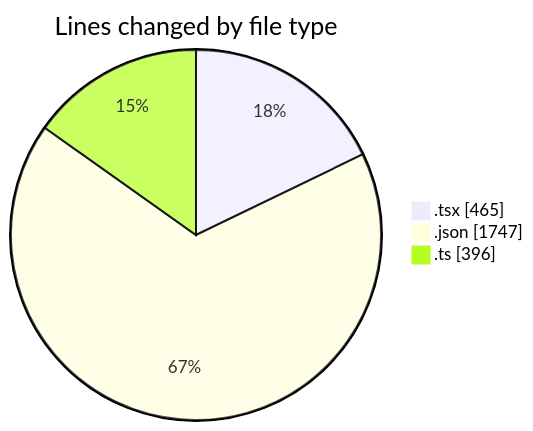
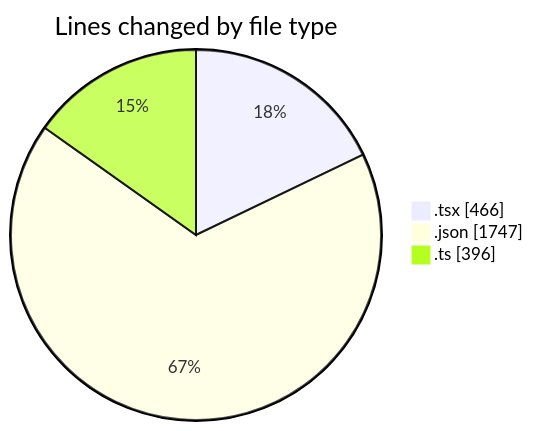
Before and after one commit to julien-gomy/code-tracking: the first of 2 diagrams in 2025-10-30/eventscop-frontend-guide__workspace_/README.md, drawn with Mermaid. The commit also changed other lines of this file and 1 other file, not shown here.

````diff
--- a/2025-10-30/eventscop-frontend-guide__workspace_/README.md
+++ b/2025-10-30/eventscop-frontend-guide__workspace_/README.md
@@ -29,7 +29,7 @@
 ```mermaid
 pie showData
 title Lines changed by file type
-".tsx" : 465
+".tsx" : 466
 ".json" : 1747
 ".ts" : 396
 ```
````
